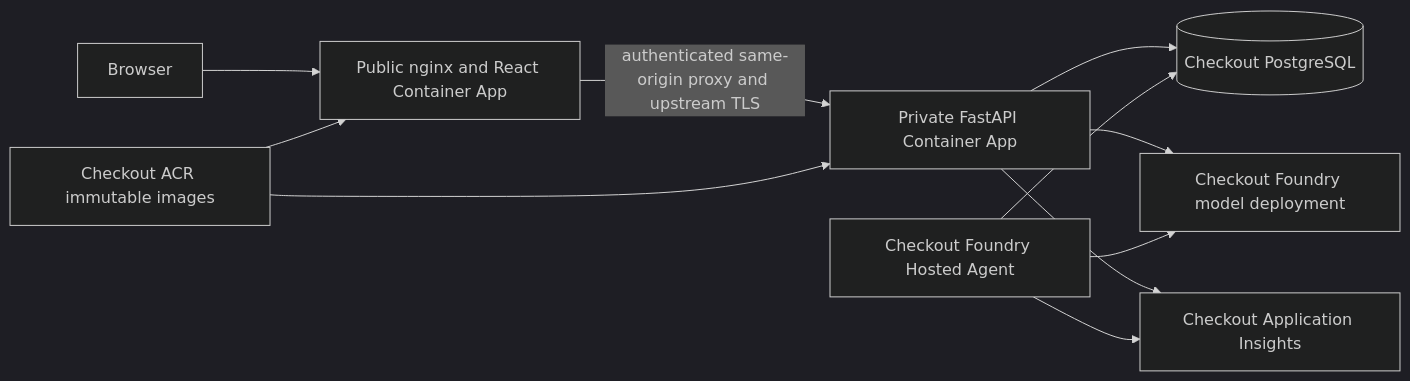
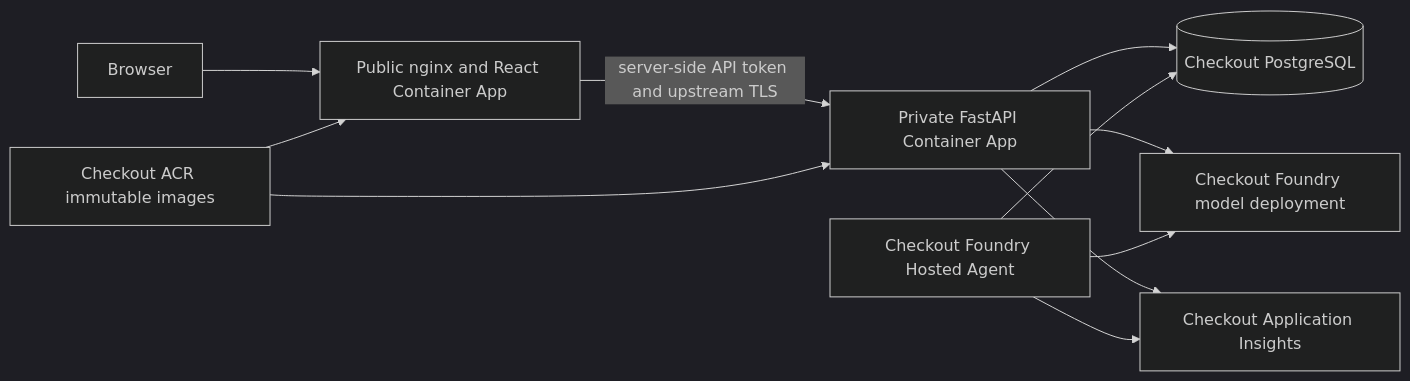
One commit to ppenumatsa1/model-to-harness changed the fourth of 4 diagrams in harness/checkout-recovery/maf/docs/design/architecture.md. Above: the diagram before and after it, drawn with Mermaid (dark theme). The commit also changed 171 other files, not shown here.

````diff
--- a/harness/checkout-recovery/maf/docs/design/architecture.md
+++ b/harness/checkout-recovery/maf/docs/design/architecture.md
@@ -192,13 +192,13 @@
 ```mermaid
 flowchart LR
     Browser[Browser] --> Web[Public nginx and React Container App]
-    Web -->|authenticated same-origin proxy and upstream TLS| API[Private FastAPI Container App]
+    Web -->|server-side API token and upstream TLS| API[Private FastAPI Container App]
     API --> DB[(Checkout PostgreSQL)]
     Hosted[Checkout Foundry Hosted Agent] --> DB
     API --> Model[Checkout Foundry model deployment]
     Hosted --> Model
     API --> Insights[Checkout Application Insights]
     Hosted --> Insights
     Registry[Checkout ACR immutable images] --> API
     Registry --> Web
 ```
````
